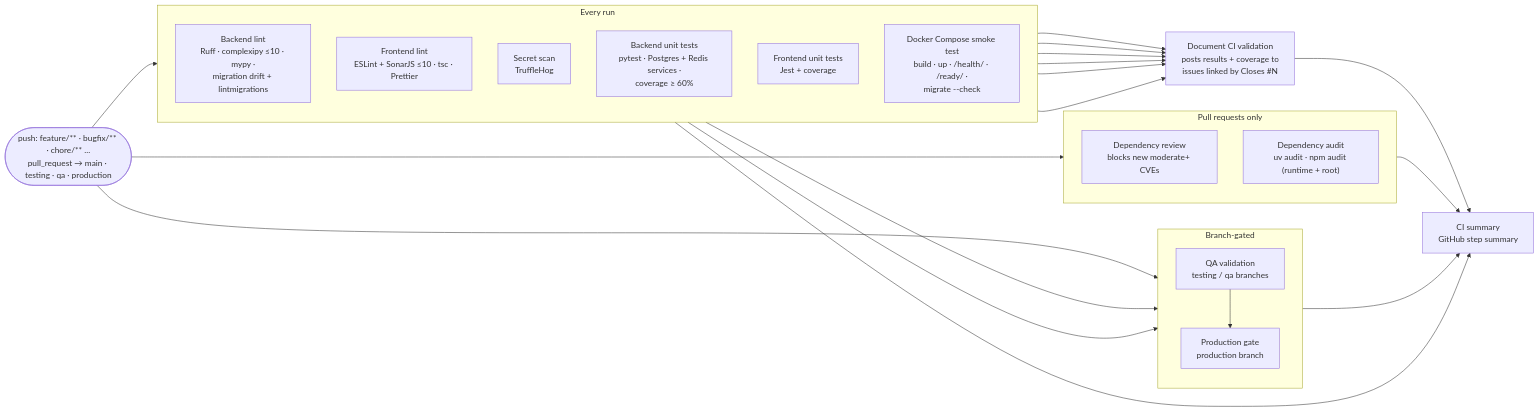
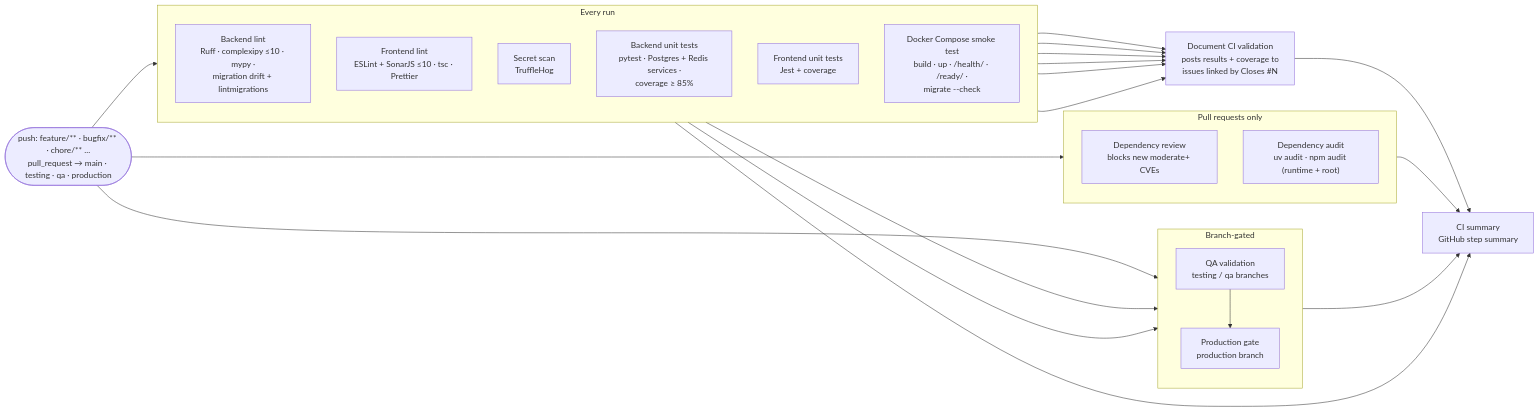
Before and after one commit to CS598SeniorDesign/CS598-Project: diagram 13 of 13 in docs/ARCHITECTURE.md, drawn with Mermaid. The commit also changed 3 other files, not shown here.

Commit message:
updating scripts to enforce 85% code coverage on tests and stuff

````diff
--- a/docs/ARCHITECTURE.md
+++ b/docs/ARCHITECTURE.md
@@ -799,34 +799,34 @@
 ```mermaid
 flowchart LR
     trigger(["push: feature/** · bugfix/** · chore/** ...<br/>pull_request → main · testing · qa · production"])
 
     subgraph always["Every run"]
         direction TB
         bl["Backend lint<br/>Ruff · complexipy ≤10 · mypy ·<br/>migration drift + lintmigrations"]
         fl["Frontend lint<br/>ESLint + SonarJS ≤10 · tsc · Prettier"]
         ss["Secret scan<br/>TruffleHog"]
-        bt["Backend unit tests<br/>pytest · Postgres + Redis services ·<br/>coverage ≥ 60%"]
+        bt["Backend unit tests<br/>pytest · Postgres + Redis services ·<br/>coverage ≥ 85%"]
         ft["Frontend unit tests<br/>Jest + coverage"]
         dc["Docker Compose smoke test<br/>build · up · /health/ · /ready/ ·<br/>migrate --check"]
     end
 
     subgraph pr["Pull requests only"]
         direction TB
         dr["Dependency review<br/>blocks new moderate+ CVEs"]
         da["Dependency audit<br/>uv audit · npm audit (runtime + root)"]
     end
 
     subgraph gated["Branch-gated"]
         direction TB
         qa["QA validation<br/>testing / qa branches"]
         prod["Production gate<br/>production branch"]
     end
 
     report["Document CI validation<br/>posts results + coverage to<br/>issues linked by Closes #N"]
     summary["CI summary<br/>GitHub step summary"]
 
     trigger --> always & pr & gated
     bl & fl & ss & bt & ft & dc --> report
     bt & ft & qa --> prod
     always & pr & gated & report --> summary
 ```
````
